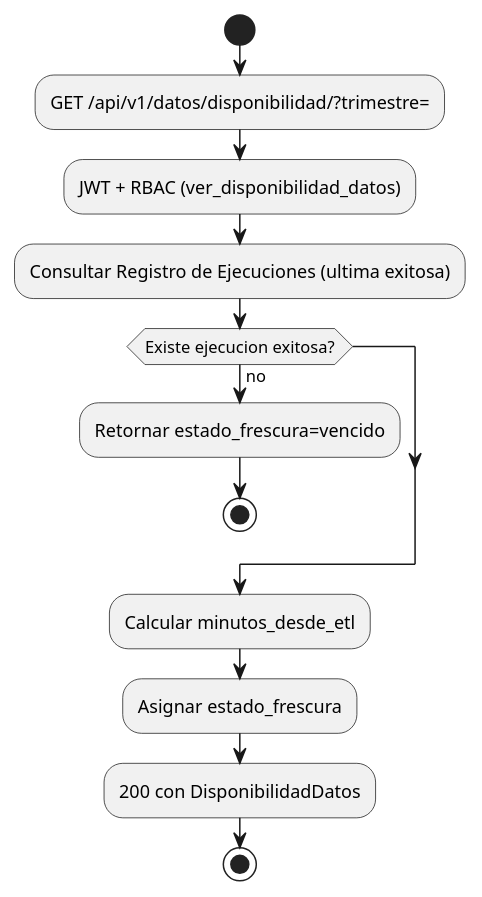
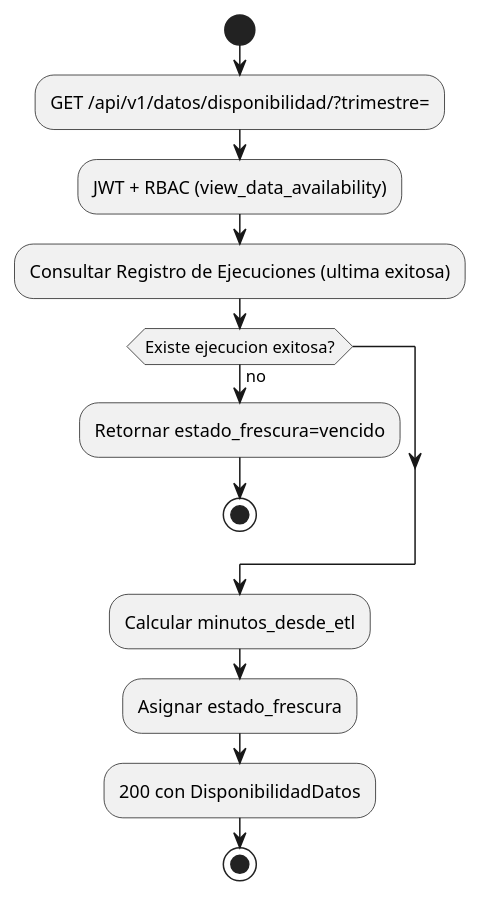
Before and after one commit to jcg-admin/IACT-docs: the second of 4 diagrams in source/requisitos/casos-uso/pipeline/uc-pip-03/diagramas-uml.rst, drawn with PlantUML. The commit also changed 22 other files, not shown here.

First line of the commit message:
Add architecture UML docs and standardize RBAC function names

```diff
--- a/source/requisitos/casos-uso/pipeline/uc-pip-03/diagramas-uml.rst
+++ b/source/requisitos/casos-uso/pipeline/uc-pip-03/diagramas-uml.rst
@@ -24,16 +24,16 @@
 .. uml::
 
  @startuml
  start
  :GET /api/v1/datos/disponibilidad/?trimestre=;
- :JWT + RBAC (ver_disponibilidad_datos);
+ :JWT + RBAC (view_data_availability);
  :Consultar Registro de Ejecuciones (ultima exitosa);
  if (Existe ejecucion exitosa?) then (no)
    :Retornar estado_frescura=vencido;
    stop
  endif
  :Calcular minutos_desde_etl;
  :Asignar estado_frescura;
  :200 con DisponibilidadDatos;
  stop
  @enduml
```
